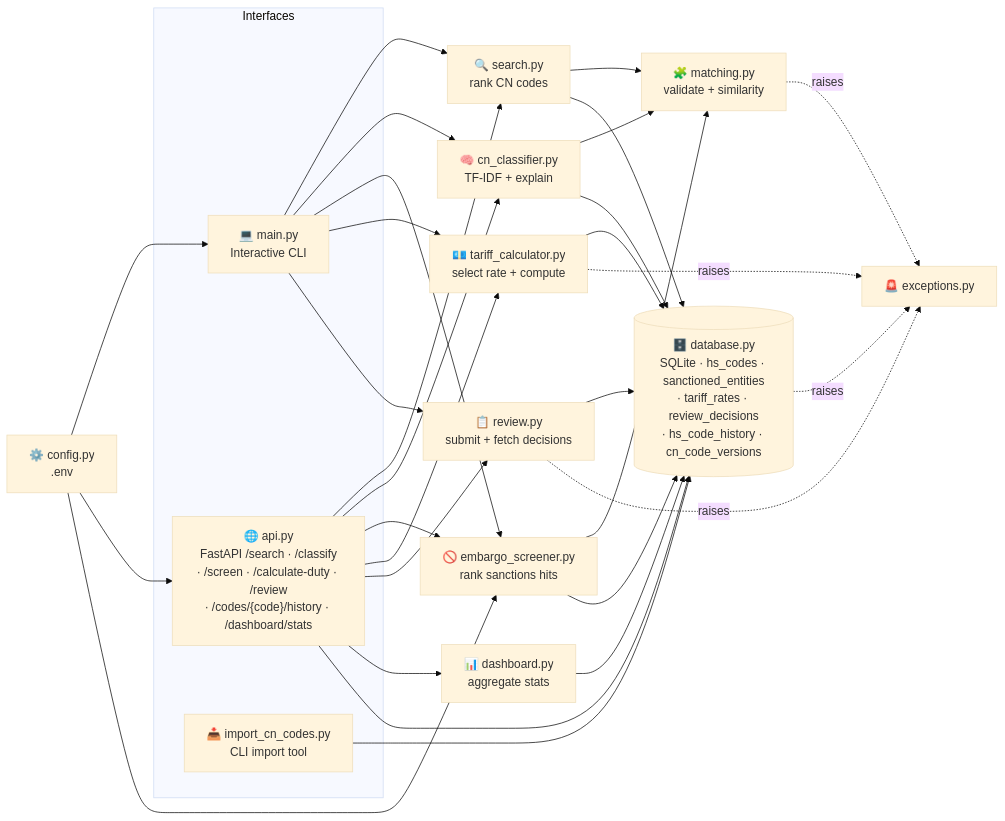
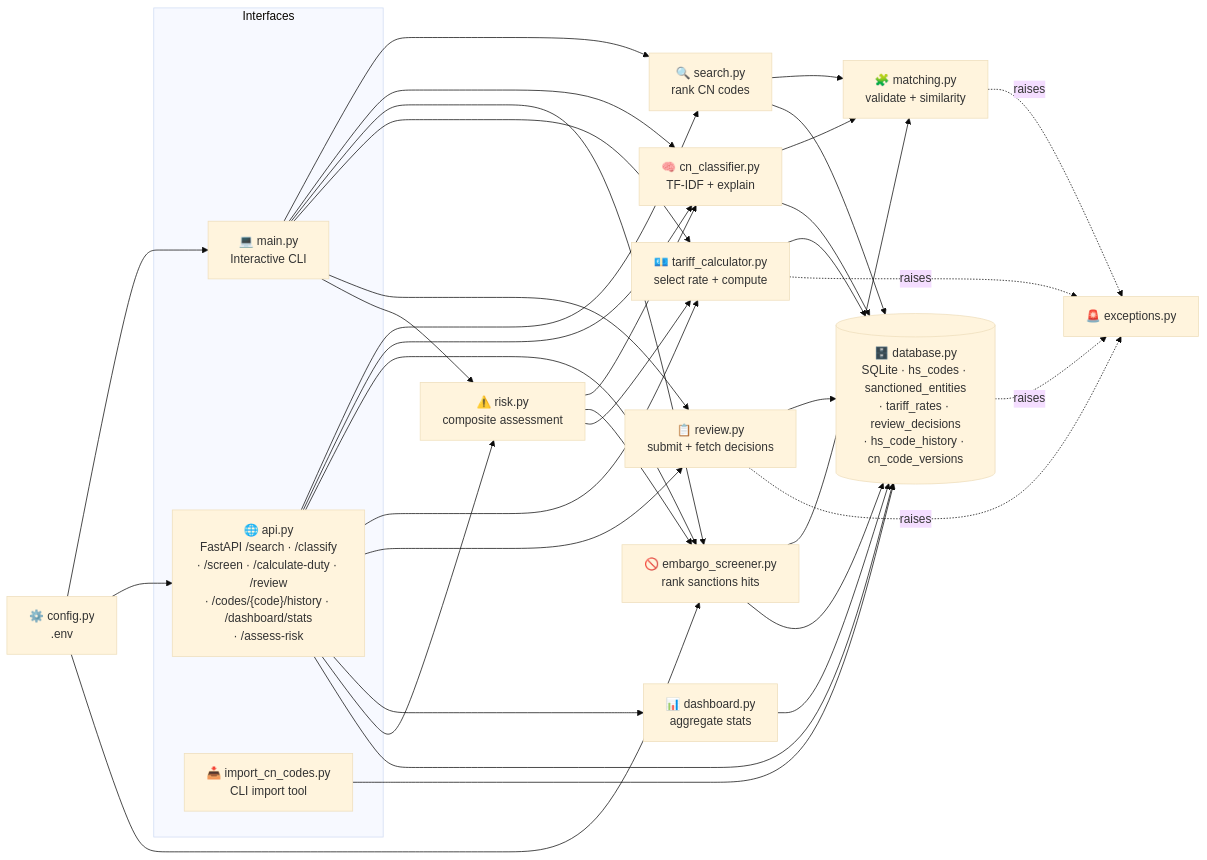
The first of 2 diagrams in README.md (Mutersec/CustomsIQ), drawn with Mermaid (base theme) before and after one commit. The commit also changed other lines of this file and 9 other files, not shown here.

````diff
--- a/README.md
+++ b/README.md
@@ -96,49 +97,55 @@
 ```mermaid
 flowchart LR
     subgraph Interfaces
         CLI["💻 main.py<br/>Interactive CLI"]
-        API["🌐 api.py<br/>FastAPI /search · /classify<br/>· /screen · /calculate-duty · /review<br/>· /codes/{code}/history · /dashboard/stats"]
+        API["🌐 api.py<br/>FastAPI /search · /classify<br/>· /screen · /calculate-duty · /review<br/>· /codes/{code}/history · /dashboard/stats<br/>· /assess-risk"]
         IMPORT["📥 import_cn_codes.py<br/>CLI import tool"]
     end
 
     SEARCH["🔍 search.py<br/>rank CN codes"]
     CLS["🧠 cn_classifier.py<br/>TF-IDF + explain"]
     SCREEN["🚫 embargo_screener.py<br/>rank sanctions hits"]
     DUTY["💶 tariff_calculator.py<br/>select rate + compute"]
     REVIEW["📋 review.py<br/>submit + fetch decisions"]
     DASH["📊 dashboard.py<br/>aggregate stats"]
+    RISK["⚠️ risk.py<br/>composite assessment"]
     MATCH["🧩 matching.py<br/>validate + similarity"]
     DB[("🗄️ database.py<br/>SQLite · hs_codes · sanctioned_entities<br/>· tariff_rates · review_decisions<br/>· hs_code_history · cn_code_versions")]
     EXC["🚨 exceptions.py"]
     CFG["⚙️ config.py<br/>.env"]
 
     CLI --> SEARCH
     CLI --> CLS
     CLI --> SCREEN
     CLI --> DUTY
     CLI --> REVIEW
+    CLI --> RISK
     API --> SEARCH
     API --> CLS
     API --> SCREEN
     API --> DUTY
     API --> REVIEW
     API --> DASH
+    API --> RISK
     API --> DB
     IMPORT --> DB
     DASH --> DB
+    RISK --> CLS
+    RISK --> SCREEN
+    RISK --> DUTY
     SEARCH --> MATCH
     CLS --> MATCH
     SCREEN --> MATCH
     SEARCH --> DB
     CLS --> DB
     SCREEN --> DB
     DUTY --> DB
     REVIEW --> DB
     DUTY -. raises .-> EXC
     MATCH -. raises .-> EXC
     DB -. raises .-> EXC
     REVIEW -. raises .-> EXC
     CFG --> CLI
     CFG --> API
     CFG --> SCREEN
 ```
````
